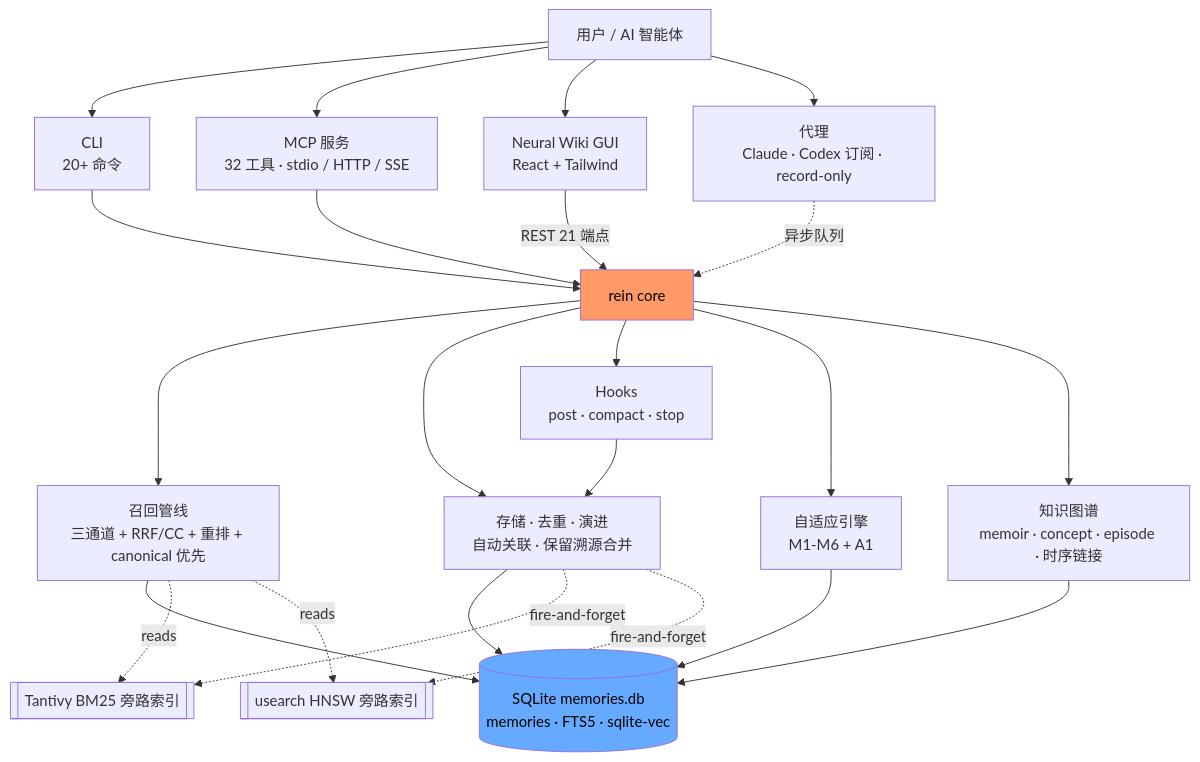
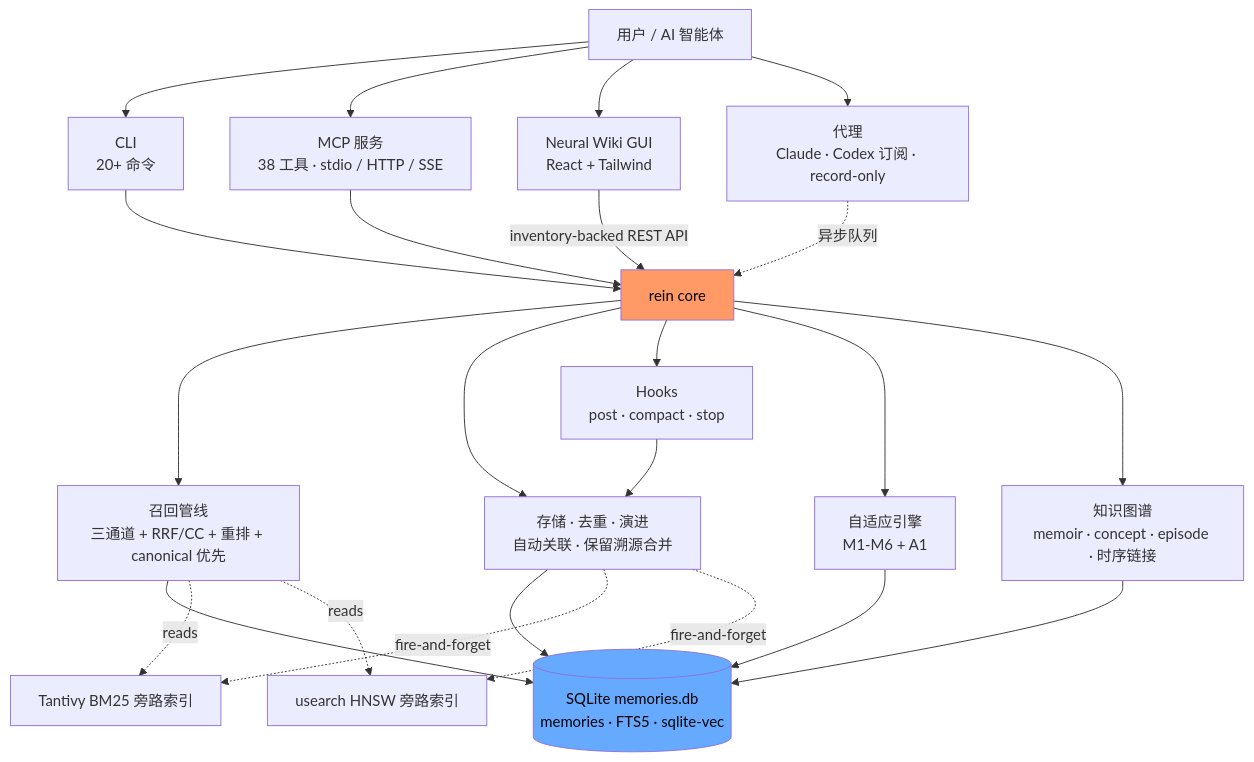
One commit to lyr1cs/rein changed the eighth of 8 diagrams in README.md. Above: the diagram before and after it, drawn with Mermaid. The commit also changed other lines of this file and 14 other files, not shown here.

````diff
--- a/README.md
+++ b/README.md
@@ -1661,49 +1581,49 @@
 ```mermaid
 flowchart TD
     U[用户 / AI 智能体]
     CLI[CLI\n20+ 命令]
-    MCP[MCP 服务\n32 工具 · stdio / HTTP / SSE]
+    MCP[MCP 服务\n38 工具 · stdio / HTTP / SSE]
     GUI[Neural Wiki GUI\nReact + Tailwind]
     PXY[代理\nClaude · Codex 订阅 · record-only]
 
     U --> CLI
     U --> MCP
     U --> GUI
     U --> PXY
 
     CORE[rein core]
     CLI --> CORE
     MCP --> CORE
-    GUI -->|REST 21 端点| CORE
+    GUI -->|inventory-backed REST API| CORE
     PXY -.->|异步队列| CORE
 
     REC[召回管线\n三通道 + RRF/CC + 重排 + canonical 优先]
     ST[存储 · 去重 · 演进\n自动关联 · 保留溯源合并]
     HK[Hooks\npost · compact · stop]
     ADP[自适应引擎\nM1-M6 + A1]
     KG[知识图谱\nmemoir · concept · episode · 时序链接]
 
     CORE --> REC
     CORE --> ST
     CORE --> HK
     CORE --> ADP
     CORE --> KG
 
     DB[(SQLite memories.db\nmemories · FTS5 · sqlite-vec)]
-    TN[[Tantivy BM25 旁路索引]]
-    US[[usearch HNSW 旁路索引]]
+    TN[Tantivy BM25 旁路索引]
+    US[usearch HNSW 旁路索引]
 
     REC --> DB
     ST --> DB
     HK --> ST
     ADP --> DB
     KG --> DB
 
     ST -.fire-and-forget.-> TN
     ST -.fire-and-forget.-> US
     REC -.reads.-> TN
     REC -.reads.-> US
 
     style DB fill:#6af,color:#000
     style CORE fill:#f96,color:#000
 ```
````
